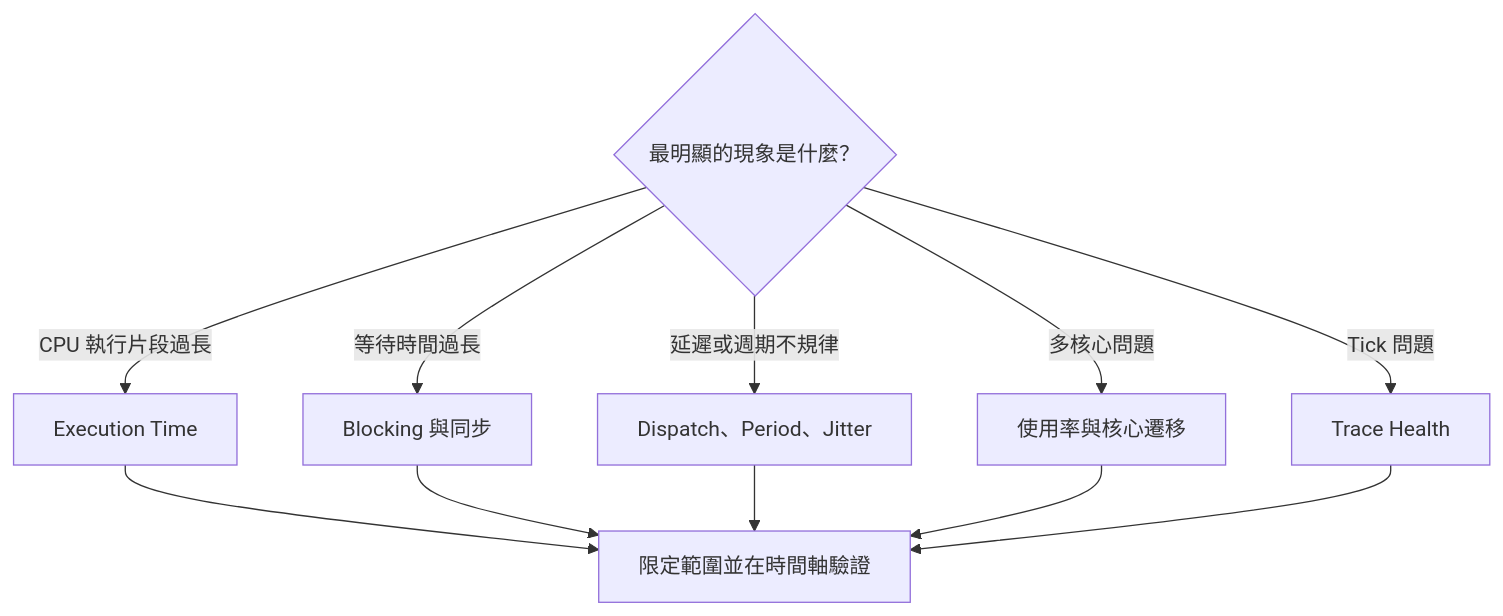
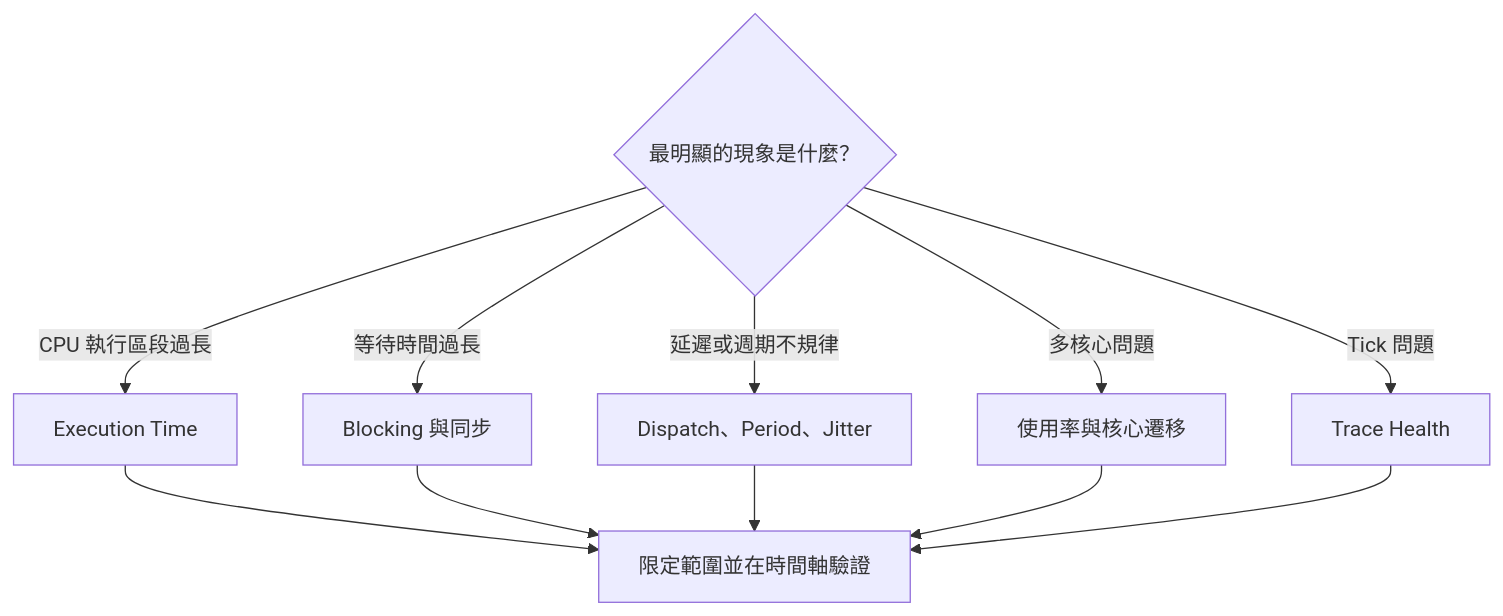
One commit to kuopinghsu/FreeRTOS-BTF-Trace changed the second of 4 diagrams in BTFViewer/WORKFLOWS_zh-TW.md. Above: the diagram before and after it, drawn with Mermaid. The commit also changed other lines of this file and 4 other files, not shown here.

````diff
--- a/BTFViewer/WORKFLOWS_zh-TW.md
+++ b/BTFViewer/WORKFLOWS_zh-TW.md
@@ -140,14 +140,14 @@
 ```mermaid
 flowchart TD
   symptom{"最明顯的現象是什麼？"}
-  symptom -->|CPU 執行片段過長| execution["Execution Time"]
+  symptom -->|CPU 執行區段過長| execution["Execution Time"]
   symptom -->|等待時間過長| blocking["Blocking 與同步"]
   symptom -->|延遲或週期不規律| timing["Dispatch、Period、Jitter"]
   symptom -->|多核心問題| smp["使用率與核心遷移"]
   symptom -->|Tick 問題| tick["Trace Health"]
   execution --> verify["限定範圍並在時間軸驗證"]
   blocking --> verify
   timing --> verify
   smp --> verify
   tick --> verify
 ```
````
